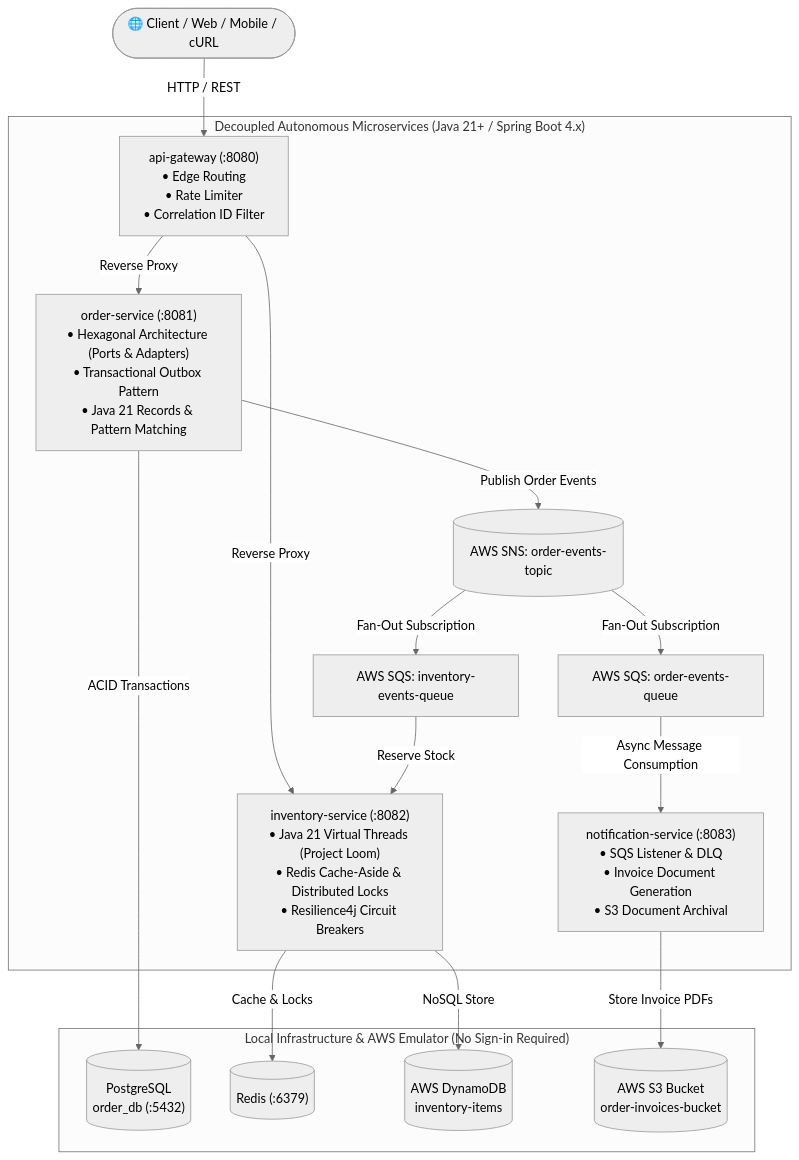
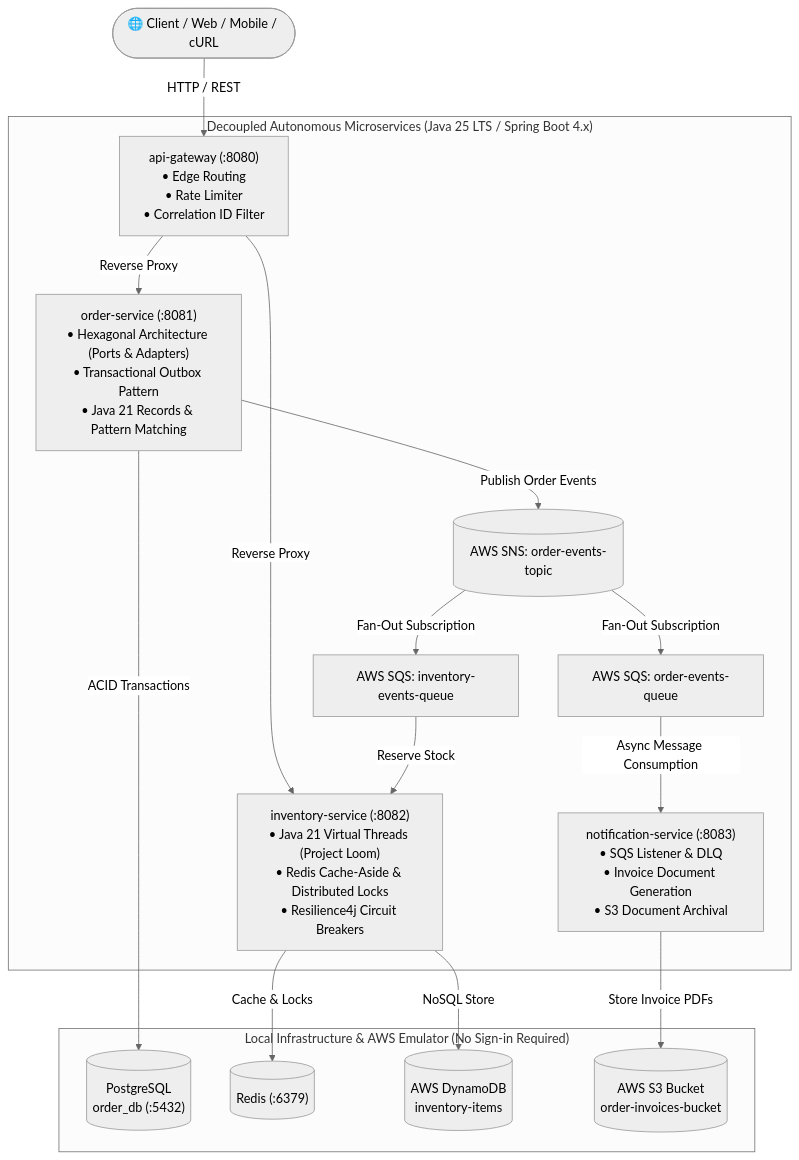
Before and after one commit to ravishankar2463/microservices-cloud-demo: the diagram in README.md, drawn with Mermaid (neutral theme). The commit also changed other lines of this file and 18 other files, not shown here.

Commit message:
chore: upgrade Java version to 25 LTS across all services and Dockerfiles

````diff
--- a/README.md
+++ b/README.md
@@ -11,24 +11,24 @@
 ```mermaid
 flowchart TD
     Client(["🌐 Client / Web / Mobile / cURL"]) -->|HTTP / REST| Gateway["api-gateway (:8080)\n• Edge Routing\n• Rate Limiter\n• Correlation ID Filter"]
 
-    subgraph "Decoupled Autonomous Microservices (Java 21+ / Spring Boot 4.x)"
+    subgraph "Decoupled Autonomous Microservices (Java 25 LTS / Spring Boot 4.x)"
         Gateway -->|Reverse Proxy| OrderSvc["order-service (:8081)\n• Hexagonal Architecture (Ports & Adapters)\n• Transactional Outbox Pattern\n• Java 21 Records & Pattern Matching"]
         Gateway -->|Reverse Proxy| InvSvc["inventory-service (:8082)\n• Java 21 Virtual Threads (Project Loom)\n• Redis Cache-Aside & Distributed Locks\n• Resilience4j Circuit Breakers"]
 
         OrderSvc -->|Publish Order Events| SNSTopic[("AWS SNS: order-events-topic")]
         
         SNSTopic -->|Fan-Out Subscription| SQSOrder["AWS SQS: order-events-queue"]
         SNSTopic -->|Fan-Out Subscription| SQSInv["AWS SQS: inventory-events-queue"]
 
         SQSOrder -->|Async Message Consumption| NotifSvc["notification-service (:8083)\n• SQS Listener & DLQ\n• Invoice Document Generation\n• S3 Document Archival"]
         SQSInv -->|Reserve Stock| InvSvc
     end
 
     subgraph "Local Infrastructure & AWS Emulator (No Sign-in Required)"
         OrderSvc -->|ACID Transactions| OrderDB[("PostgreSQL\norder_db (:5432)")]
         InvSvc -->|Cache & Locks| RedisCache[("Redis (:6379)")]
         InvSvc -->|NoSQL Store| DynamoDB[("AWS DynamoDB\ninventory-items")]
         NotifSvc -->|Store Invoice PDFs| S3Bucket[("AWS S3 Bucket\norder-invoices-bucket")]
     end
 ```
````
